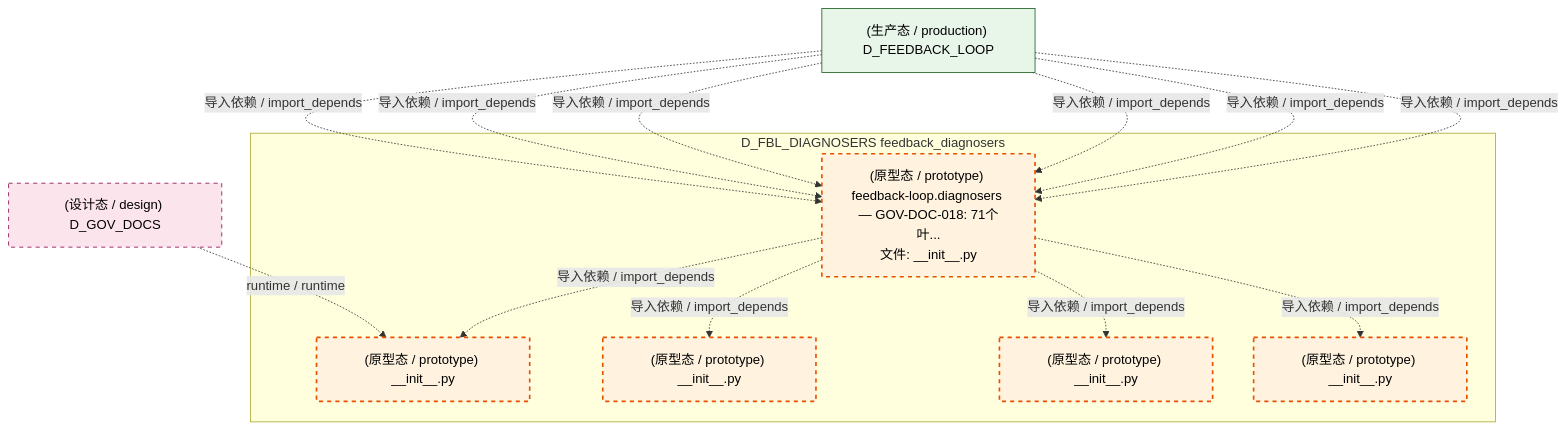
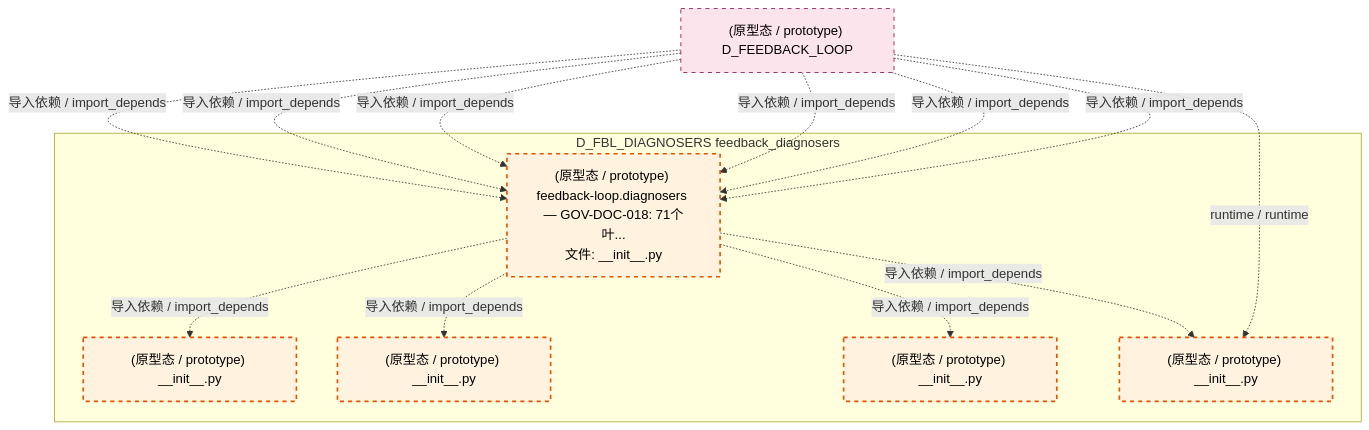
One commit to xuanFelixVan/ZephyrAlpha changed the fifth of 6 diagrams in docs/02_enterprise_architecture/02_domain_architecture_docs/12_d_fbl_diagnosers.md. Above: the diagram before and after it, drawn with Mermaid. The commit also changed other lines of this file and 99 other files, not shown here.

````diff
--- a/docs/02_enterprise_architecture/02_domain_architecture_docs/12_d_fbl_diagnosers.md
+++ b/docs/02_enterprise_architecture/02_domain_architecture_docs/12_d_fbl_diagnosers.md
@@ -374,30 +374,28 @@
 ```mermaid
 graph TD
     subgraph D_FBL_DIAGNOSERS["D_FBL_DIAGNOSERS feedback_diagnosers"]
         src_zephyr_feedback_loop_diagnosers_init_py["(原型态 / prototype) feedback-loop.diagnosers — GOV-DOC-018: 71个叶...<br/>文件: __init__.py"]
         src_zephyr_feedback_loop_diagnosers_cognitive_init_py["(原型态 / prototype) __init__.py"]
         src_zephyr_feedback_loop_diagnosers_diagnosis_init_py["(原型态 / prototype) __init__.py"]
         src_zephyr_feedback_loop_diagnosers_health_init_py["(原型态 / prototype) __init__.py"]
         src_zephyr_feedback_loop_diagnosers_reliability_init_py["(原型态 / prototype) __init__.py"]
     end
+    src_zephyr_feedback_loop_diagnosers_init_py -.->|导入依赖 / import_depends| src_zephyr_feedback_loop_diagnosers_reliability_init_py
+    src_zephyr_feedback_loop_diagnosers_init_py -.->|导入依赖 / import_depends| src_zephyr_feedback_loop_diagnosers_health_init_py
+    src_zephyr_feedback_loop_diagnosers_init_py -.->|导入依赖 / import_depends| src_zephyr_feedback_loop_diagnosers_diagnosis_init_py
     src_zephyr_feedback_loop_diagnosers_init_py -.->|导入依赖 / import_depends| src_zephyr_feedback_loop_diagnosers_cognitive_init_py
-    src_zephyr_feedback_loop_diagnosers_init_py -.->|导入依赖 / import_depends| src_zephyr_feedback_loop_diagnosers_diagnosis_init_py
-    src_zephyr_feedback_loop_diagnosers_init_py -.->|导入依赖 / import_depends| src_zephyr_feedback_loop_diagnosers_health_init_py
-    src_zephyr_feedback_loop_diagnosers_init_py -.->|导入依赖 / import_depends| src_zephyr_feedback_loop_diagnosers_reliability_init_py
-    D_GOV_DOCS["(设计态 / design) D_GOV_DOCS"]
-    D_GOV_DOCS -.->|runtime / runtime| src_zephyr_feedback_loop_diagnosers_cognitive_init_py
-    D_FEEDBACK_LOOP["(生产态 / production) D_FEEDBACK_LOOP"]
+    D_FEEDBACK_LOOP["(原型态 / prototype) D_FEEDBACK_LOOP"]
+    D_FEEDBACK_LOOP -.->|runtime / runtime| src_zephyr_feedback_loop_diagnosers_reliability_init_py
     D_FEEDBACK_LOOP -.->|导入依赖 / import_depends| src_zephyr_feedback_loop_diagnosers_init_py
     D_FEEDBACK_LOOP -.->|导入依赖 / import_depends| src_zephyr_feedback_loop_diagnosers_init_py
     D_FEEDBACK_LOOP -.->|导入依赖 / import_depends| src_zephyr_feedback_loop_diagnosers_init_py
     D_FEEDBACK_LOOP -.->|导入依赖 / import_depends| src_zephyr_feedback_loop_diagnosers_init_py
     D_FEEDBACK_LOOP -.->|导入依赖 / import_depends| src_zephyr_feedback_loop_diagnosers_init_py
     D_FEEDBACK_LOOP -.->|导入依赖 / import_depends| src_zephyr_feedback_loop_diagnosers_init_py
     classDef production fill:#e1f5fe,stroke:#01579b,stroke-width:2px,color:#000
     classDef design fill:#fff3e0,stroke:#e65100,stroke-width:2px,color:#000,stroke-dasharray: 5 5
     classDef external_prod fill:#e8f5e9,stroke:#1b5e20,stroke-width:1px,color:#000
     classDef external_design fill:#fce4ec,stroke:#880e4f,stroke-width:1px,color:#000,stroke-dasharray: 5 5
     class src_zephyr_feedback_loop_diagnosers_init_py,src_zephyr_feedback_loop_diagnosers_cognitive_init_py,src_zephyr_feedback_loop_diagnosers_diagnosis_init_py,src_zephyr_feedback_loop_diagnosers_health_init_py,src_zephyr_feedback_loop_diagnosers_reliability_init_py design
-    class D_FEEDBACK_LOOP external_prod
-    class D_GOV_DOCS external_design
+    class D_FEEDBACK_LOOP external_design
 ```
````
